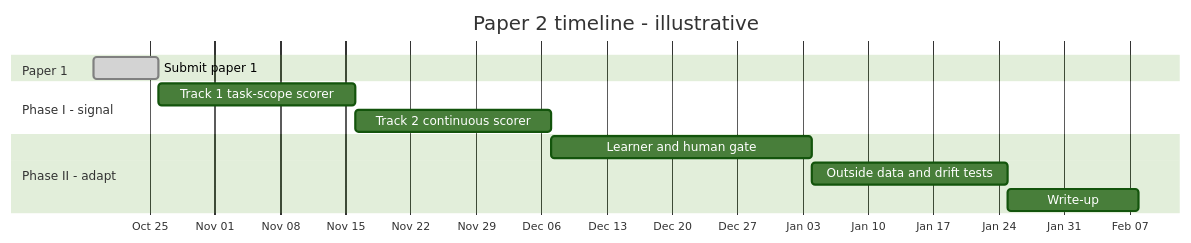
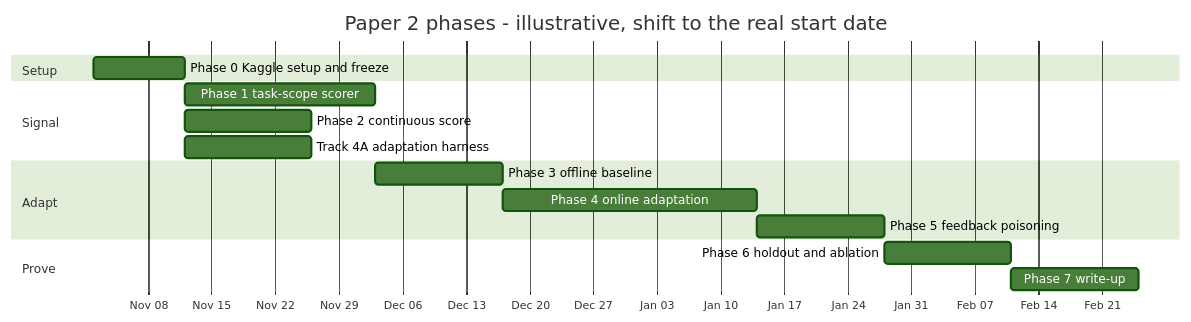
Before and after one commit to ahmadkhanraj01/adaptishield: the fifth of 5 diagrams in paper2-plan.md, drawn with Mermaid (forest theme). The commit also changed other lines of this file and 5 other files, not shown here.

````diff
--- a/paper2-plan.md
+++ b/paper2-plan.md
@@ -205,15 +332,19 @@
 ```mermaid
 gantt
     dateFormat  YYYY-MM-DD
     axisFormat  %b %d
-    title Paper 2 timeline - illustrative
-    section Paper 1
-    Submit paper 1               :done, p0, 2026-10-19, 7d
-    section Phase I - signal
-    Track 1 task-scope scorer    :t1, 2026-10-26, 21d
-    Track 2 continuous scorer    :t2, after t1, 21d
-    section Phase II - adapt
-    Learner and human gate       :t3, after t2, 28d
-    Outside data and drift tests :t4, after t3, 21d
-    Write-up                     :t5, after t4, 14d
+    title Paper 2 phases - illustrative, shift to the real start date
+    section Setup
+    Phase 0 Kaggle setup and freeze :p0, 2026-11-02, 10d
+    section Signal
+    Phase 1 task-scope scorer       :p1, after p0, 21d
+    Phase 2 continuous score        :p2, after p0, 14d
+    Track 4A adaptation harness     :p4a, after p0, 14d
+    section Adapt
+    Phase 3 offline baseline        :p3, after p1 p4a, 14d
+    Phase 4 online adaptation       :p4, after p3, 28d
+    Phase 5 feedback poisoning      :p5, after p4, 14d
+    section Prove
+    Phase 6 holdout and ablation    :p6, after p5, 14d
+    Phase 7 write-up                :p7, after p6, 14d
 ```
````
